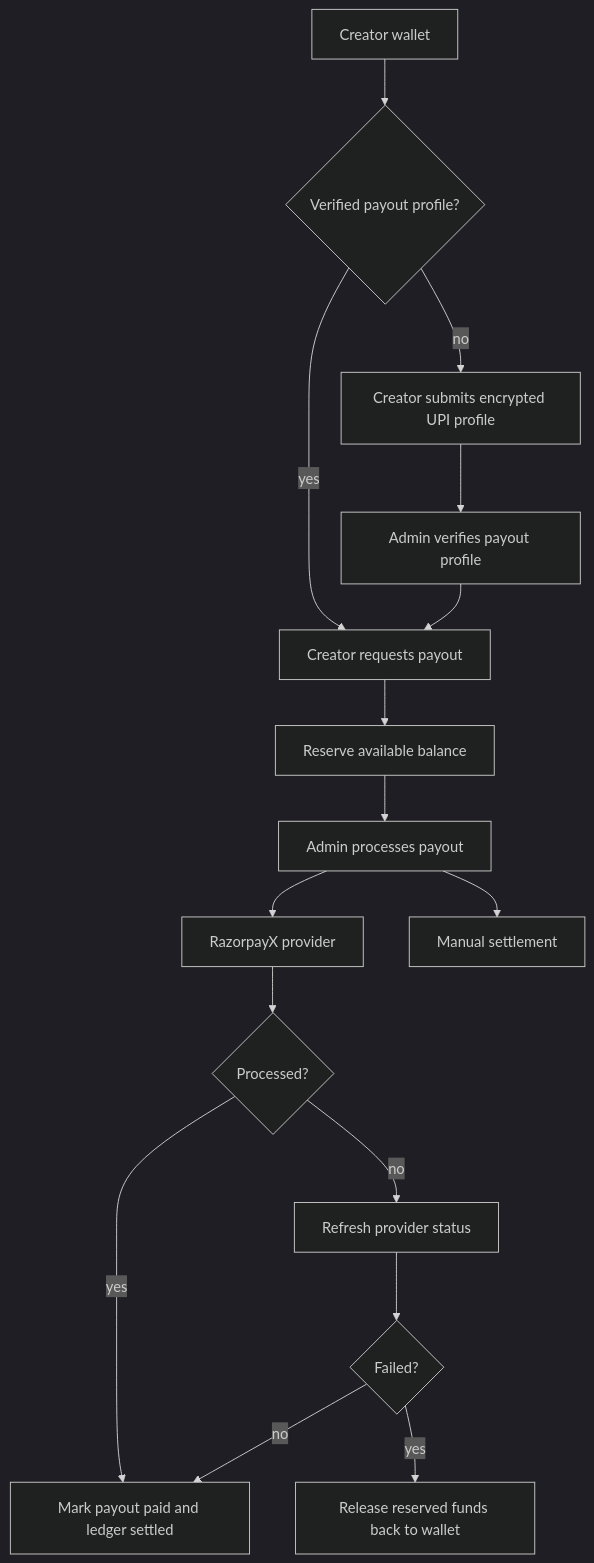
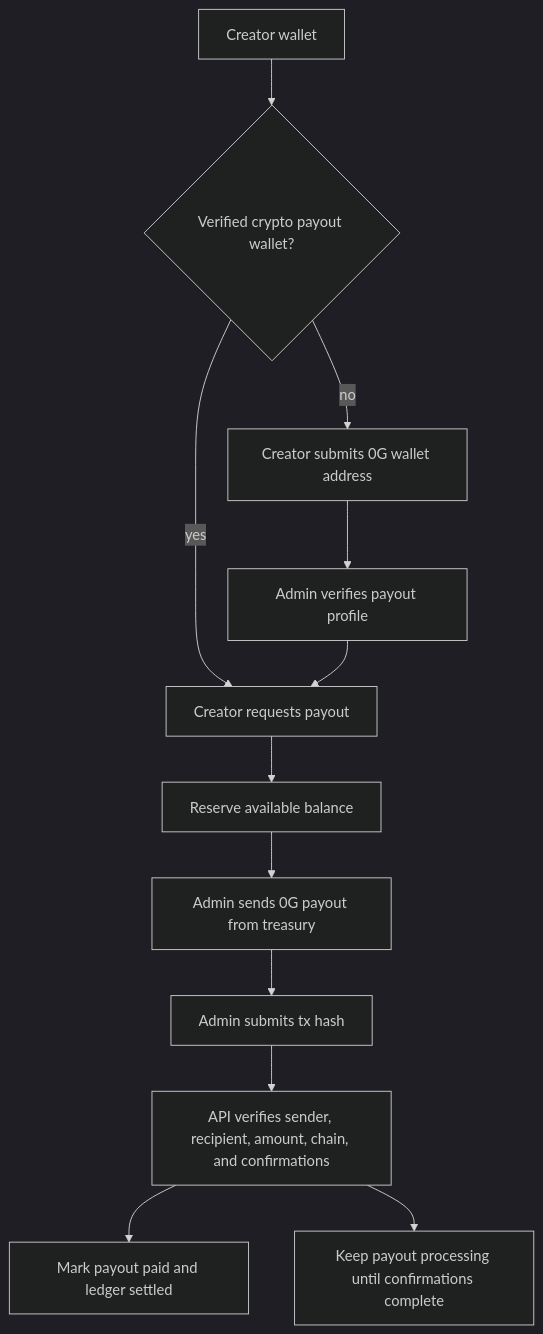
The second of 2 diagrams in docs/monetization-payouts.md (Afnanksalal/hana-chat), drawn with Mermaid (dark theme) before and after one commit. The commit also changed other lines of this file and 25 other files, not shown here.

````diff
--- a/docs/monetization-payouts.md
+++ b/docs/monetization-payouts.md
@@ -62,18 +50,14 @@
 ```mermaid
 flowchart TD
-  Wallet["Creator wallet"] --> Profile{"Verified payout profile?"}
-  Profile -- no --> Setup["Creator submits encrypted UPI profile"]
+  Wallet["Creator wallet"] --> Profile{"Verified crypto payout wallet?"}
+  Profile -- no --> Setup["Creator submits 0G wallet address"]
   Setup --> AdminVerify["Admin verifies payout profile"]
   Profile -- yes --> Request["Creator requests payout"]
   AdminVerify --> Request
   Request --> Reserve["Reserve available balance"]
-  Reserve --> AdminProcess["Admin processes payout"]
-  AdminProcess --> RazorpayX["RazorpayX provider"]
-  AdminProcess --> Manual["Manual settlement"]
-  RazorpayX --> Processed{"Processed?"}
-  Processed -- yes --> Paid["Mark payout paid and ledger settled"]
-  Processed -- no --> Refresh["Refresh provider status"]
-  Refresh --> Failed{"Failed?"}
-  Failed -- yes --> Release["Release reserved funds back to wallet"]
-  Failed -- no --> Paid
+  Reserve --> AdminTransfer["Admin sends 0G payout from treasury"]
+  AdminTransfer --> SubmitHash["Admin submits tx hash"]
+  SubmitHash --> Verify["API verifies sender, recipient, amount, chain, and confirmations"]
+  Verify --> Paid["Mark payout paid and ledger settled"]
+  Verify --> Confirming["Keep payout processing until confirmations complete"]
 ```
````
